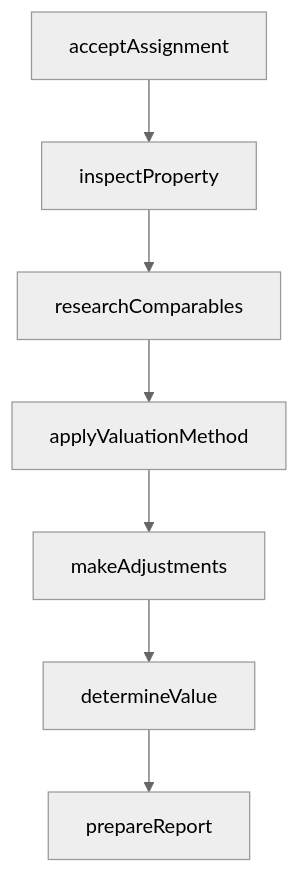
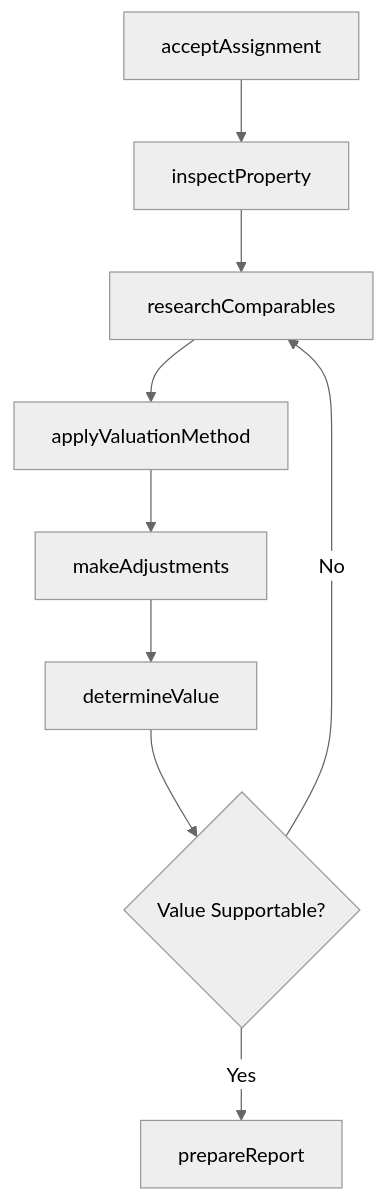
One commit to dot-org-ai/tasks.org.ai changed the third of 4 diagrams in JudgingTheQualitiesOfObjectsServicesOrPeople/EvaluateConditionOfFinancialAssetsPropertyOrOtherResources/AppraisePropertyValues.mdx. Above: the diagram before and after it, drawn with Mermaid (neutral theme). The commit also changed other lines of this file and 266 other files, not shown here.

First line of the commit message:
feat: Add ER diagrams, state diagrams to wave 2 batch (251 DWA files)

````diff
--- a/JudgingTheQualitiesOfObjectsServicesOrPeople/EvaluateConditionOfFinancialAssetsPropertyOrOtherResources/AppraisePropertyValues.mdx
+++ b/JudgingTheQualitiesOfObjectsServicesOrPeople/EvaluateConditionOfFinancialAssetsPropertyOrOtherResources/AppraisePropertyValues.mdx
@@ -87,9 +114,11 @@
 ```mermaid
 graph TD
     A[acceptAssignment] --> B[inspectProperty]
     B --> C[researchComparables]
     C --> D[applyValuationMethod]
     D --> E[makeAdjustments]
     E --> F[determineValue]
-    F --> G[prepareReport]
+    F --> G{Value Supportable?}
+    G -->|No| C
+    G -->|Yes| H[prepareReport]
 ```
````
